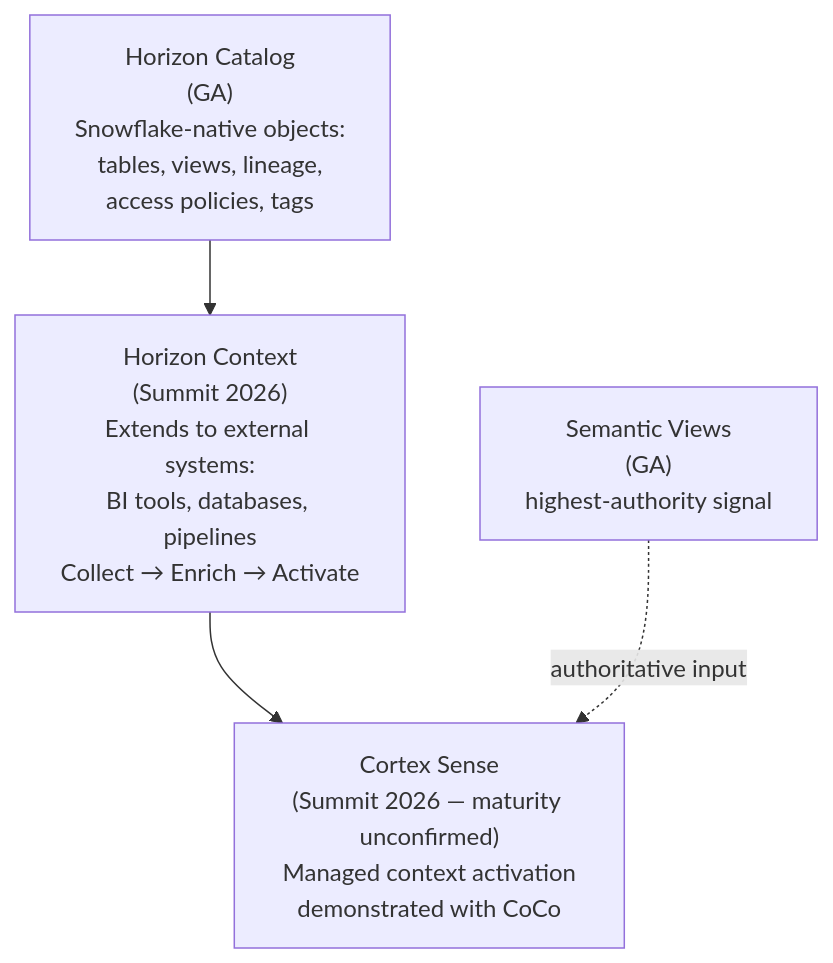
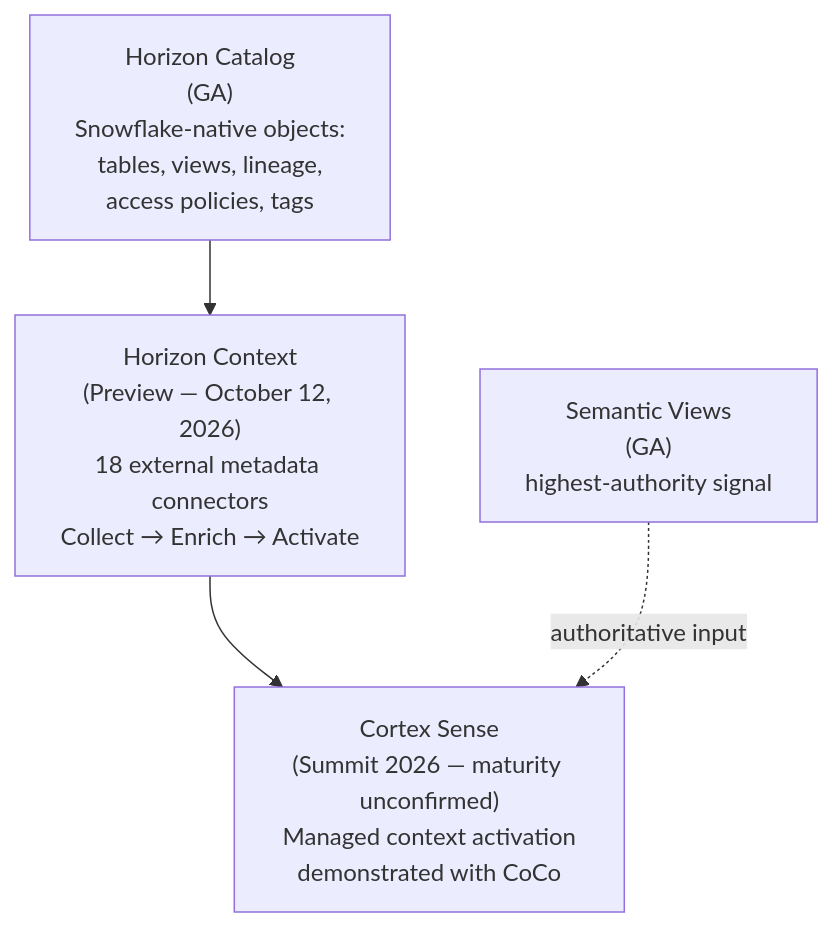
Before and after one commit to sfc-gh-miwhitaker/sfe-public: the diagram in guide-horizon-context-catalog/README.md, drawn with Mermaid. The commit also changed other lines of this file and 4 other files, not shown here.

Commit message:
docs: clarify metadata vs data access controls and update Horizon Context preview guidance

````diff
--- a/guide-horizon-context-catalog/README.md
+++ b/guide-horizon-context-catalog/README.md
@@ -65,10 +65,10 @@
 ```mermaid
 flowchart TD
     HC["Horizon Catalog\n(GA)\nSnowflake-native objects:\ntables, views, lineage,\naccess policies, tags"]
-    HCtx["Horizon Context\n(Summit 2026)\nExtends to external systems:\nBI tools, databases, pipelines\nCollect → Enrich → Activate"]
+    HCtx["Horizon Context\n(Preview — October 12, 2026)\n18 external metadata connectors\nCollect → Enrich → Activate"]
     CS["Cortex Sense\n(Summit 2026 — maturity unconfirmed)\nManaged context activation\ndemonstrated with CoCo"]
 
     HC --> HCtx --> CS
 
     SV["Semantic Views\n(GA)\nhighest-authority signal"] -.->|"authoritative input"| CS
 ```
````
